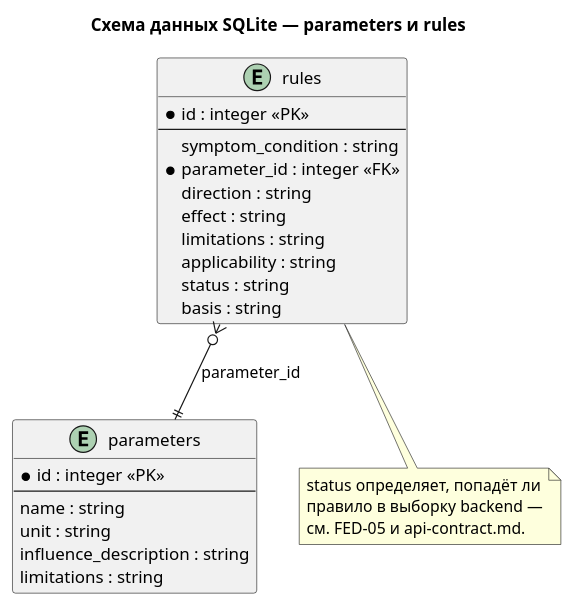
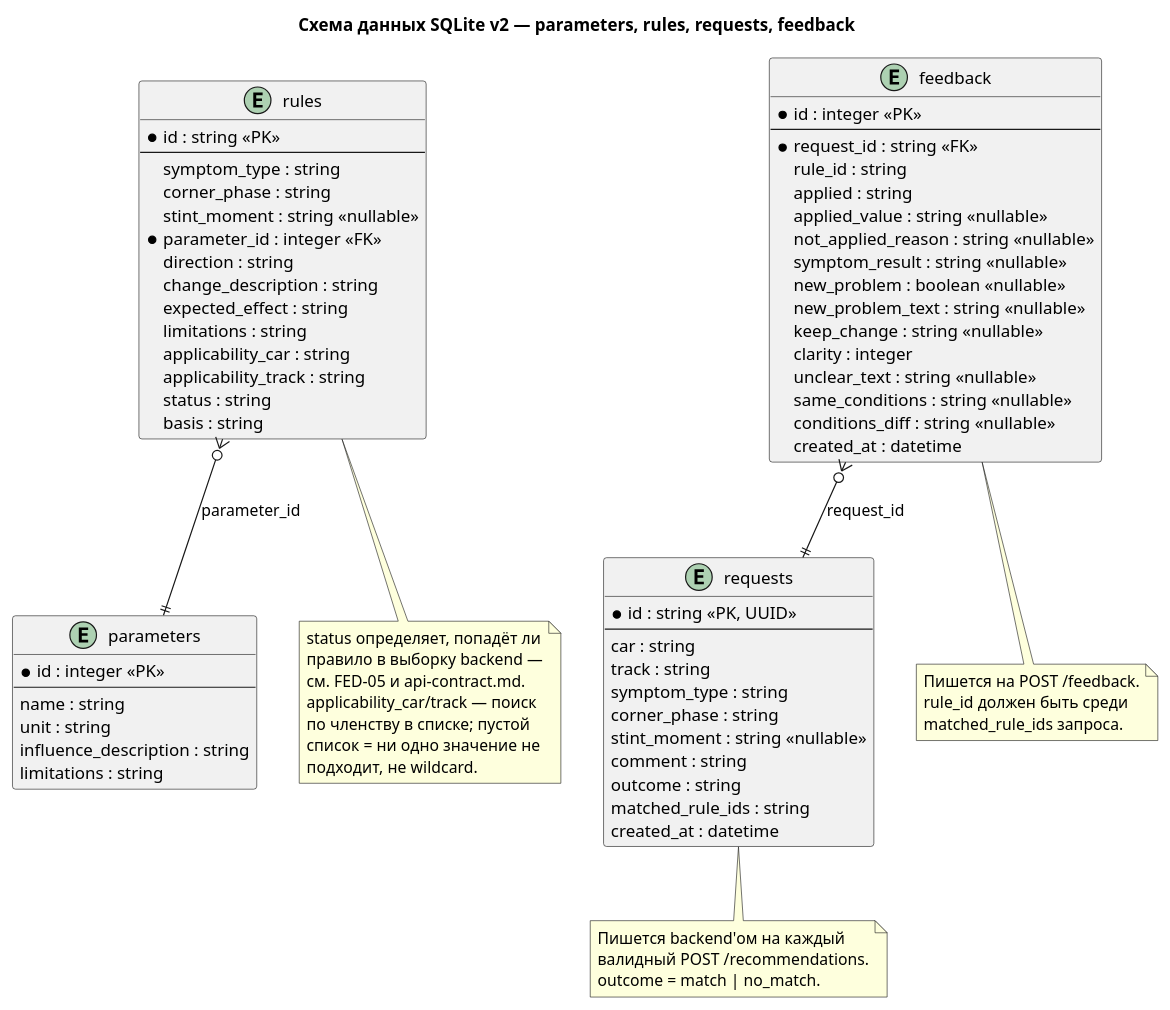
One commit to P0dp1vass/sim_race changed the diagram in docs/diagrams/data-model.puml. Above: the diagram before and after it, drawn with PlantUML. The commit also changed 21 other files, not shown here.

```diff
--- a/docs/diagrams/data-model.puml
+++ b/docs/diagrams/data-model.puml
@@ -1,34 +1,88 @@
 @startuml data-model
-title Схема данных SQLite — parameters и rules
+title Схема данных SQLite v2 — parameters, rules, requests, feedback
 
 entity "parameters" as parameters {
   * id : integer <<PK>>
   --
   name : string
   unit : string
   influence_description : string
   limitations : string
 }
 
 entity "rules" as rules {
-  * id : integer <<PK>>
+  * id : string <<PK>>
   --
-  symptom_condition : string
+  symptom_type : string
+  corner_phase : string
+  stint_moment : string <<nullable>>
   * parameter_id : integer <<FK>>
   direction : string
-  effect : string
+  change_description : string
+  expected_effect : string
   limitations : string
-  applicability : string
+  applicability_car : string
+  applicability_track : string
   status : string
   basis : string
 }
 
+entity "requests" as requests {
+  * id : string <<PK, UUID>>
+  --
+  car : string
+  track : string
+  symptom_type : string
+  corner_phase : string
+  stint_moment : string <<nullable>>
+  comment : string
+  outcome : string
+  matched_rule_ids : string
+  created_at : datetime
+}
+
+entity "feedback" as feedback {
+  * id : integer <<PK>>
+  --
+  * request_id : string <<FK>>
+  rule_id : string
+  applied : string
+  applied_value : string <<nullable>>
+  not_applied_reason : string <<nullable>>
+  symptom_result : string <<nullable>>
+  new_problem : boolean <<nullable>>
+  new_problem_text : string <<nullable>>
+  keep_change : string <<nullable>>
+  clarity : integer
+  unclear_text : string <<nullable>>
+  same_conditions : string <<nullable>>
+  conditions_diff : string <<nullable>>
+  created_at : datetime
+}
+
 rules }o--|| parameters : parameter_id
+feedback }o--|| requests : request_id
 
 note bottom of rules
   status определяет, попадёт ли
   правило в выборку backend —
   см. FED-05 и api-contract.md.
+  applicability_car/track — поиск
+  по членству в списке; пустой
+  список = ни одно значение не
+  подходит, не wildcard.
+end note
+
+note bottom of requests
+  Пишется backend'ом на каждый
+  валидный POST /recommendations.
+  outcome = match | no_match.
+end note
+
+note bottom of feedback
+  Пишется на POST /feedback.
+  rule_id должен быть среди
+  matched_rule_ids запроса.
 end note
 
 @enduml
```
